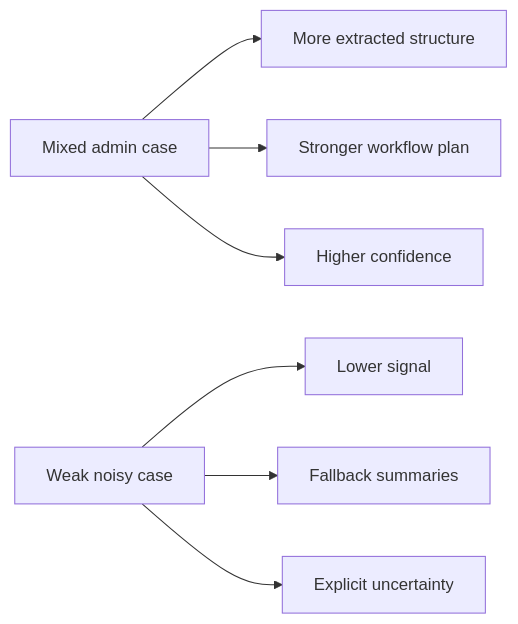
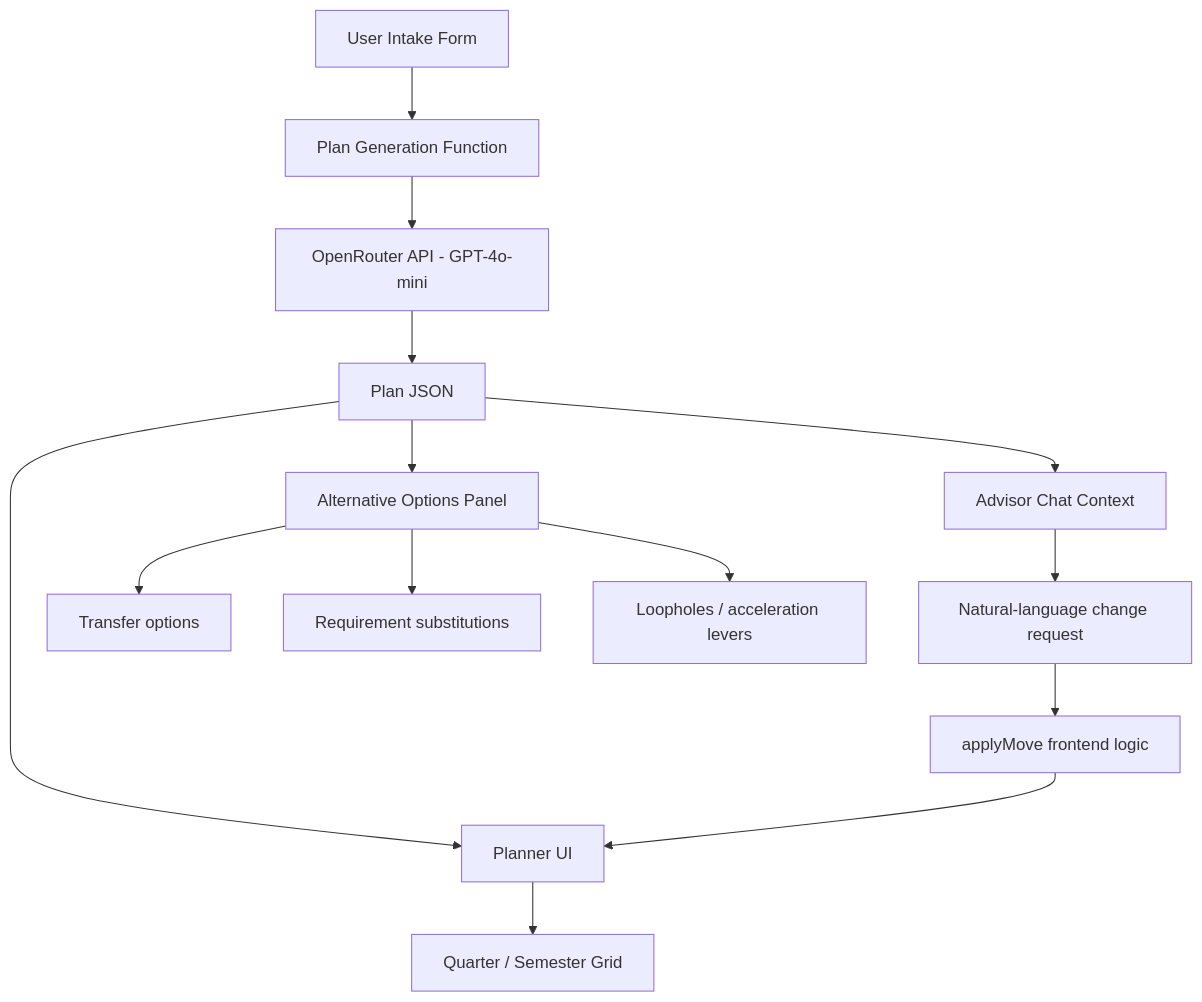
One commit to nesibmu/GradFast changed the second of 3 diagrams in README.md. Above: the diagram before and after it, drawn with Mermaid. The commit also changed other lines of this file, not shown here.

````diff
--- a/README.md
+++ b/README.md
@@ -147,10 +69,19 @@
 ```mermaid
-flowchart LR
-    A[Mixed admin case] --> A1[More extracted structure]
-    A --> A2[Stronger workflow plan]
-    A --> A3[Higher confidence]
+flowchart TD
+ A[User Intake Form] --> B[Plan Generation Function]
+ B --> C[OpenRouter API - GPT-4o-mini]
+ C --> D[Plan JSON]
 
-    B[Weak noisy case] --> B1[Lower signal]
-    B --> B2[Fallback summaries]
-    B --> B3[Explicit uncertainty]
+ D --> E[Planner UI]
+ D --> F[Advisor Chat Context]
+ D --> G[Alternative Options Panel]
+
+ E --> H[Quarter / Semester Grid]
+ F --> I[Natural-language change request]
+ I --> J[applyMove frontend logic]
+ J --> E
+
+ G --> K[Transfer options]
+ G --> L[Requirement substitutions]
+ G --> M[Loopholes / acceleration levers]
 ```
````
